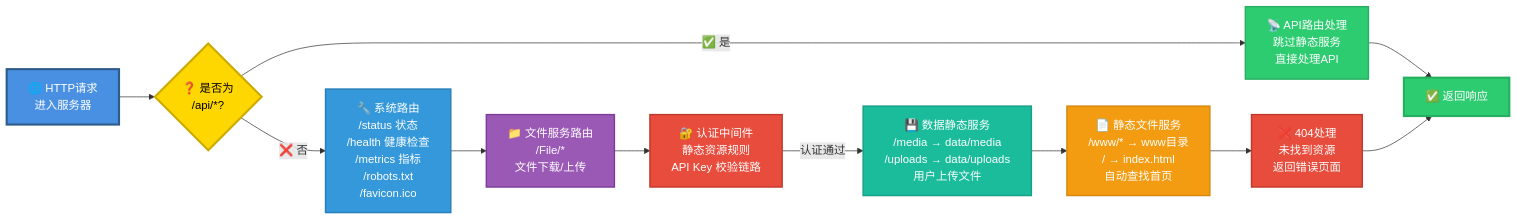
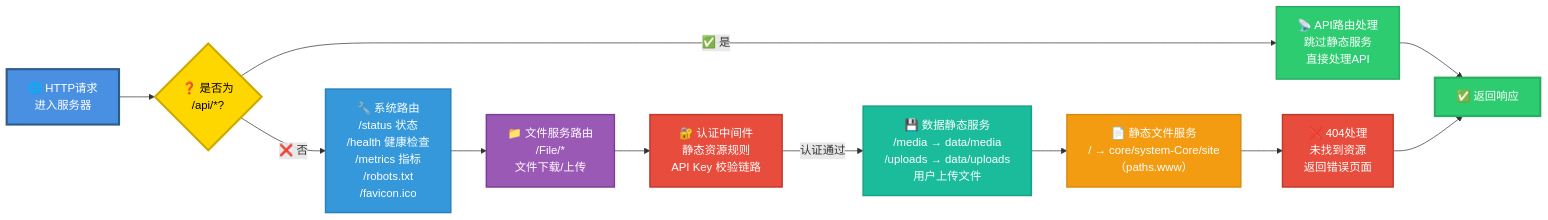
The ninth of 11 diagrams in docs/server.md (sunflowermm/XRK-AGT), drawn with Mermaid before and after one commit. The commit also changed other lines of this file and 68 other files, not shown here.

````diff
--- a/docs/server.md
+++ b/docs/server.md
@@ -515,32 +515,32 @@
 ```mermaid
 flowchart LR
     Request["🌐 HTTP请求<br/>进入服务器"] --> CheckAPI{"❓ 是否为<br/>/api/*?"}
     
     CheckAPI -->|"✅ 是"| APIRoute["📡 API路由处理<br/>跳过静态服务<br/>直接处理API"]
     
     CheckAPI -->|"❌ 否"| SystemRoute["🔧 系统路由<br/>/status 状态<br/>/health 健康检查<br/>/metrics 指标<br/>/robots.txt<br/>/favicon.ico"]
     
     SystemRoute --> FileRoute["📁 文件服务路由<br/>/File/*<br/>文件下载/上传"]
     
     FileRoute --> Auth["🔐 认证中间件<br/>静态资源规则<br/>API Key 校验链路"]
     
     Auth -->|"认证通过"| DataStatic["💾 数据静态服务<br/>/media → data/media<br/>/uploads → data/uploads<br/>用户上传文件"]
     
-    DataStatic --> Static["📄 静态文件服务<br/>/www/* → www目录<br/>/ → index.html<br/>自动查找首页"]
+    DataStatic --> Static["📄 静态文件服务<br/>/ → core/system-Core/site<br/>（paths.www）"]
     
     Static --> NotFound["❌ 404处理<br/>未找到资源<br/>返回错误页面"]
     
     APIRoute --> Response["✅ 返回响应"]
     NotFound --> Response
     
     style Request fill:#4A90E2,stroke:#2E5C8A,stroke-width:3px,color:#fff
     style CheckAPI fill:#FFD700,stroke:#CCAA00,stroke-width:3px,color:#000
     style APIRoute fill:#2ECC71,stroke:#27AE60,stroke-width:2px,color:#fff
     style SystemRoute fill:#3498DB,stroke:#2980B9,stroke-width:2px,color:#fff
     style FileRoute fill:#9B59B6,stroke:#7D3C98,stroke-width:2px,color:#fff
     style Auth fill:#E74C3C,stroke:#C0392B,stroke-width:2px,color:#fff
     style DataStatic fill:#1ABC9C,stroke:#16A085,stroke-width:2px,color:#fff
     style Static fill:#F39C12,stroke:#D68910,stroke-width:2px,color:#fff
     style NotFound fill:#E74C3C,stroke:#C0392B,stroke-width:2px,color:#fff
     style Response fill:#2ECC71,stroke:#27AE60,stroke-width:3px,color:#fff
 ```
````
